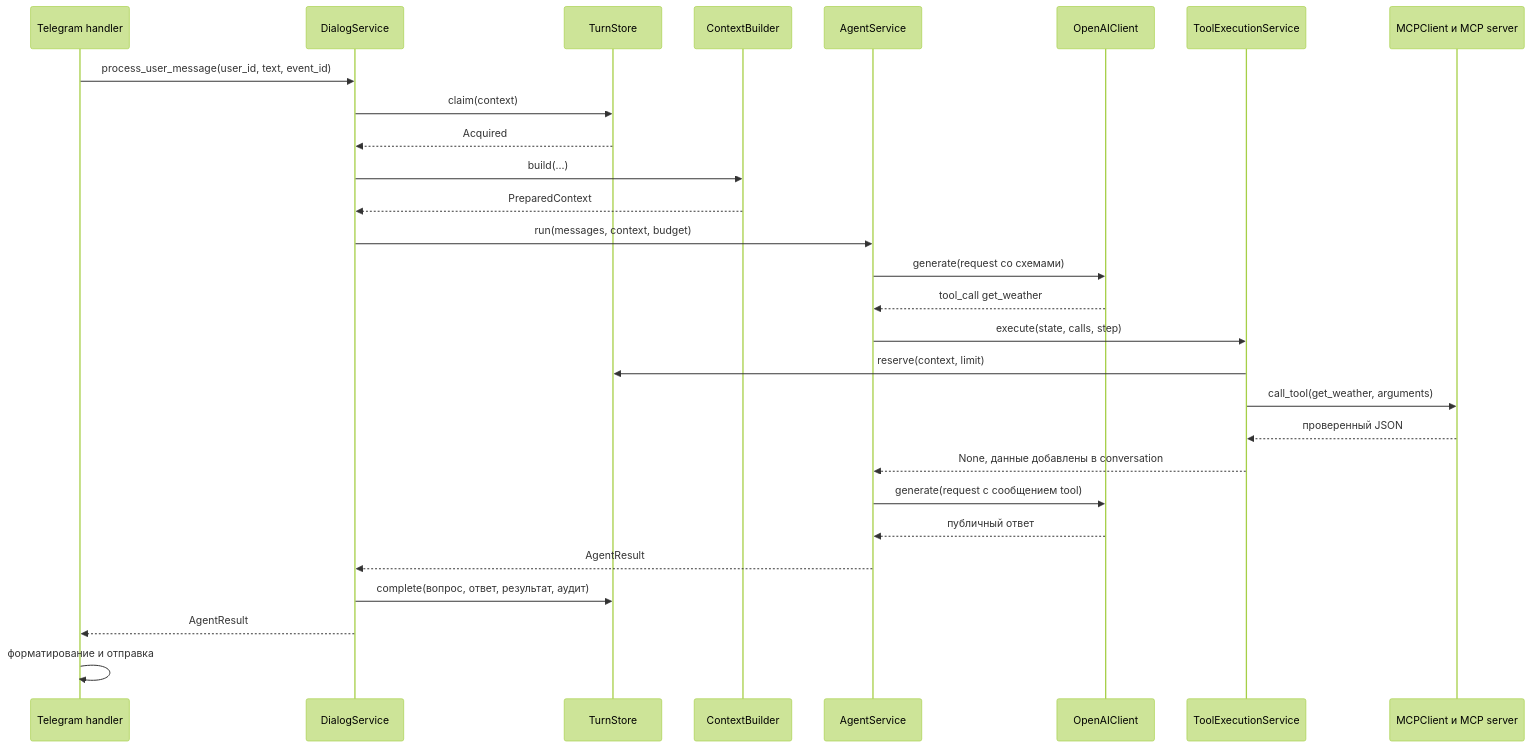
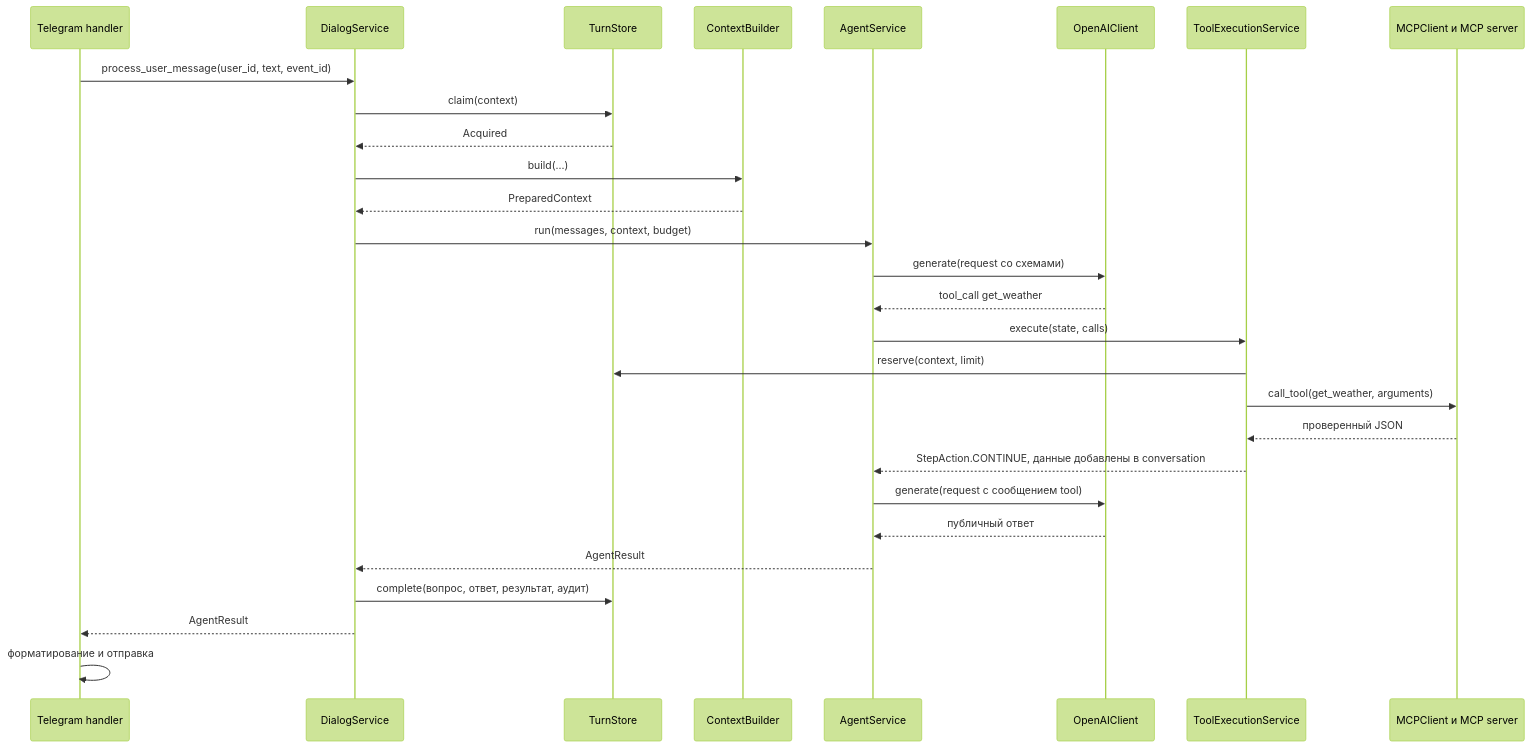
One commit to KryptonFox/ai-in-sd-bot changed the second of 3 diagrams in docs/architecture/overview.md. Above: the diagram before and after it, drawn with Mermaid (forest theme). The commit also changed other lines of this file and 68 other files, not shown here.

````diff
--- a/docs/architecture/overview.md
+++ b/docs/architecture/overview.md
@@ -359,30 +368,30 @@
 ```mermaid
 sequenceDiagram
     participant H as Telegram handler
     participant D as DialogService
     participant T as TurnStore
     participant C as ContextBuilder
     participant A as AgentService
     participant L as OpenAIClient
     participant E as ToolExecutionService
     participant M as MCPClient и MCP server
     H->>D: process_user_message(user_id, text, event_id)
     D->>T: claim(context)
     T-->>D: Acquired
     D->>C: build(...)
     C-->>D: PreparedContext
     D->>A: run(messages, context, budget)
     A->>L: generate(request со схемами)
     L-->>A: tool_call get_weather
-    A->>E: execute(state, calls, step)
+    A->>E: execute(state, calls)
     E->>T: reserve(context, limit)
     E->>M: call_tool(get_weather, arguments)
     M-->>E: проверенный JSON
-    E-->>A: None, данные добавлены в conversation
+    E-->>A: StepAction.CONTINUE, данные добавлены в conversation
     A->>L: generate(request с сообщением tool)
     L-->>A: публичный ответ
     A-->>D: AgentResult
     D->>T: complete(вопрос, ответ, результат, аудит)
     D-->>H: AgentResult
     H->>H: форматирование и отправка
 ```
````
